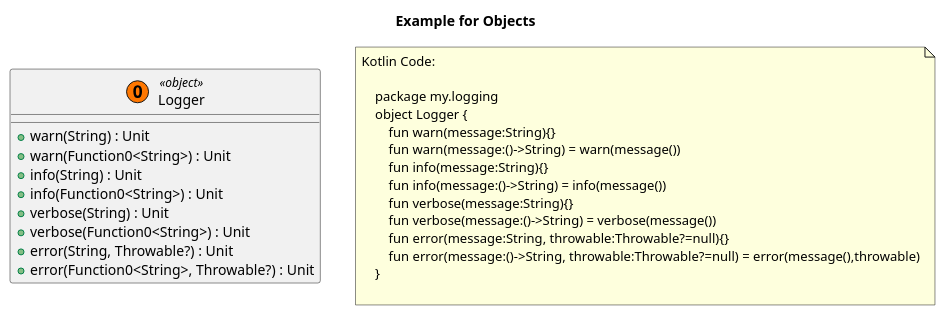
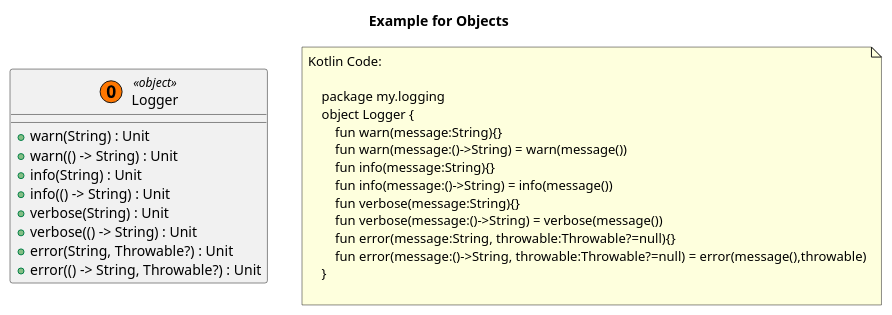
The diagram in doc/plantuml/Objects.puml (Tosaa/ksp-plantuml), drawn with PlantUML before and after one commit. The commit also changed 4 other files, not shown here.

```diff
--- a/doc/plantuml/Objects.puml
+++ b/doc/plantuml/Objects.puml
@@ -1,36 +1,36 @@
 @startuml
 title Example for Objects
 'This file is generated by the GenerateExamplesForDoc test.
 
     'my.logging.Logger
     class "Logger" as my_logging_Logger << (O, #FF7700) object>>{
         + warn(String) : Unit
-		+ warn(Function0<String>) : Unit
+		+ warn(() -> String) : Unit
 		+ info(String) : Unit
-		+ info(Function0<String>) : Unit
+		+ info(() -> String) : Unit
 		+ verbose(String) : Unit
-		+ verbose(Function0<String>) : Unit
+		+ verbose(() -> String) : Unit
 		+ error(String, Throwable?) : Unit
-		+ error(Function0<String>, Throwable?) : Unit
+		+ error(() -> String, Throwable?) : Unit
     }
 
 
 
 note as note_of_code
 Kotlin Code:
 
     package my.logging
     object Logger {
         fun warn(message:String){}
         fun warn(message:()->String) = warn(message()) 
         fun info(message:String){}
         fun info(message:()->String) = info(message()) 
         fun verbose(message:String){}
         fun verbose(message:()->String) = verbose(message()) 
         fun error(message:String, throwable:Throwable?=null){}
         fun error(message:()->String, throwable:Throwable?=null) = error(message(),throwable)
     }
     
 end note
 
 @enduml
```
